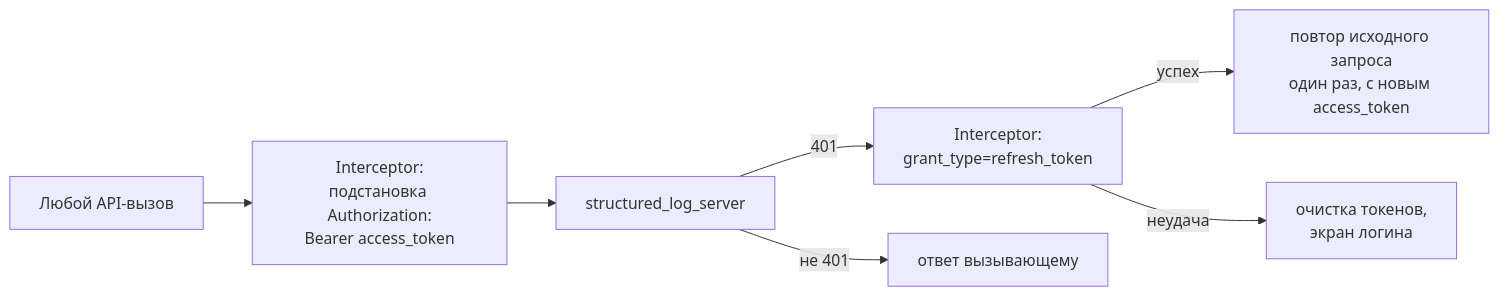
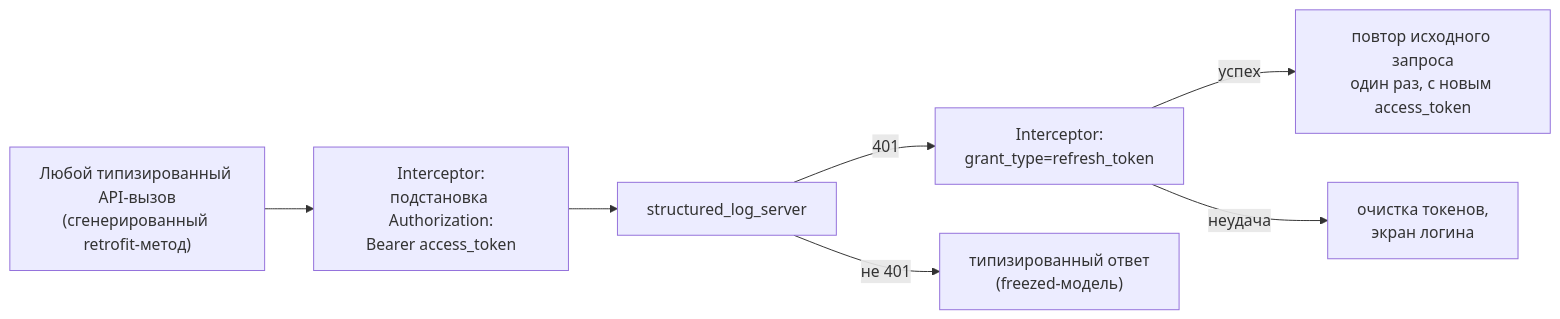
Before and after one commit to pese-git/structured_log: the second of 3 diagrams in docs/architecture/admin-client.ru.md, drawn with Mermaid. The commit also changed other lines of this file and 8 other files, not shown here.

First line of the commit message:
docs: adopt fpdart/freezed/cherrypick/bloc/retrofit/fluent_ui tech stack

````diff
--- a/docs/architecture/admin-client.ru.md
+++ b/docs/architecture/admin-client.ru.md
@@ -37,9 +86,9 @@
 ```mermaid
 flowchart LR
-    Req["Любой API-вызов"] --> I1["Interceptor:\nподстановка Authorization:\nBearer access_token"]
+    Req["Любой типизированный API-вызов\n(сгенерированный retrofit-метод)"] --> I1["Interceptor:\nподстановка Authorization:\nBearer access_token"]
     I1 --> Srv["structured_log_server"]
     Srv -->|401| I2["Interceptor:\ngrant_type=refresh_token"]
     I2 -->|успех| Retry["повтор исходного запроса\nодин раз, с новым access_token"]
     I2 -->|неудача| Logout["очистка токенов,\nэкран логина"]
-    Srv -->|не 401| Resp["ответ вызывающему"]
+    Srv -->|не 401| Resp["типизированный ответ\n(freezed-модель)"]
 ```
````
